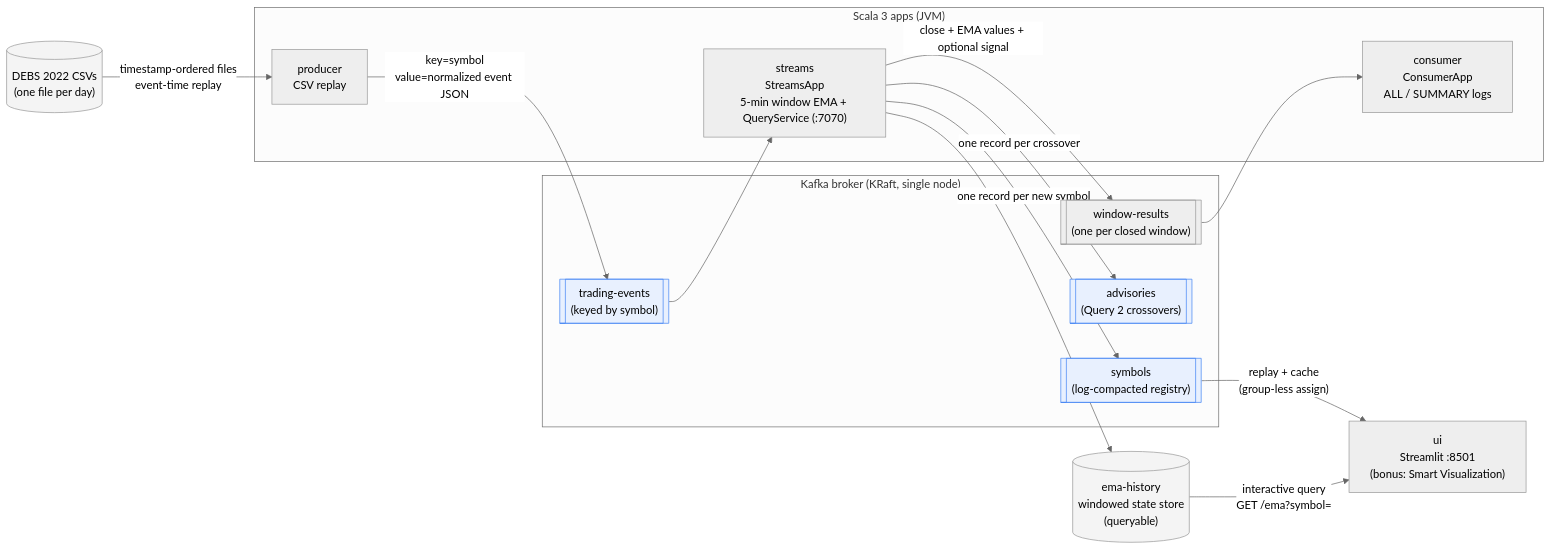
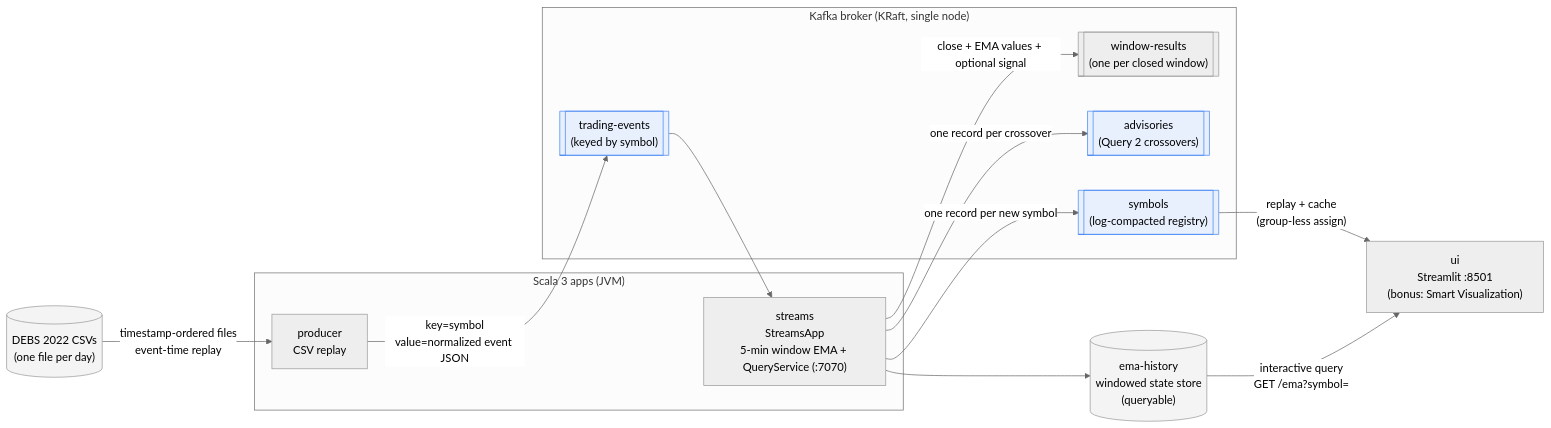
The first of 4 diagrams in ai_docs/ARCHITECTURE.md (edthu/CS-E4780-project), drawn with Mermaid (neutral theme) before and after one commit. The commit also changed other lines of this file and 12 other files, not shown here.

````diff
--- a/ai_docs/ARCHITECTURE.md
+++ b/ai_docs/ARCHITECTURE.md
@@ -11,37 +11,35 @@
 ```mermaid
 flowchart LR
     csv[("DEBS 2022 CSVs<br/>(one file per day)")]
 
     subgraph apps["Scala 3 apps (JVM)"]
         producer["producer<br/>CSV replay"]
         streams["streams<br/>StreamsApp<br/>5-min window EMA + QueryService (:7070)"]
-        consumer["consumer<br/>ConsumerApp<br/>ALL / SUMMARY logs"]
     end
 
     subgraph broker["Kafka broker (KRaft, single node)"]
         traw[["trading-events<br/>(keyed by symbol)"]]
         tresults[["window-results<br/>(one per closed window)"]]
         tadv[["advisories<br/>(Query 2 crossovers)"]]
         tsym[["symbols<br/>(log-compacted registry)"]]
     end
 
     store[("ema-history<br/>windowed state store<br/>(queryable)")]
     ui["ui<br/>Streamlit :8501<br/>(bonus: Smart Visualization)"]
 
     csv -->|"timestamp-ordered files<br/>event-time replay"| producer
     producer -->|"key=symbol<br/>value=normalized event JSON"| traw
     traw --> streams
     streams -->|"close + EMA values + optional signal"| tresults
     streams -->|"one record per crossover"| tadv
     streams -->|"one record per new symbol"| tsym
     streams --> store
-    tresults --> consumer
 
     tsym -->|"replay + cache<br/>(group-less assign)"| ui
     store -->|"interactive query<br/>GET /ema?symbol="| ui
 
     classDef store fill:#f4f4f4,stroke:#999;
     classDef topic fill:#e8f0fe,stroke:#4285f4;
     class csv,store store;
     class traw,tproc,tadv,tsym topic;
 ```
````
